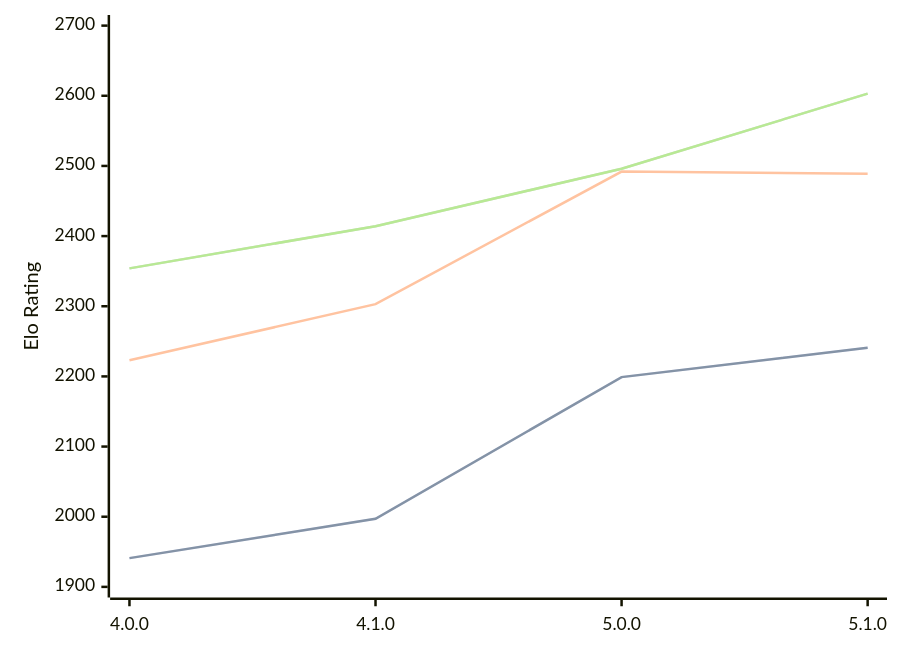
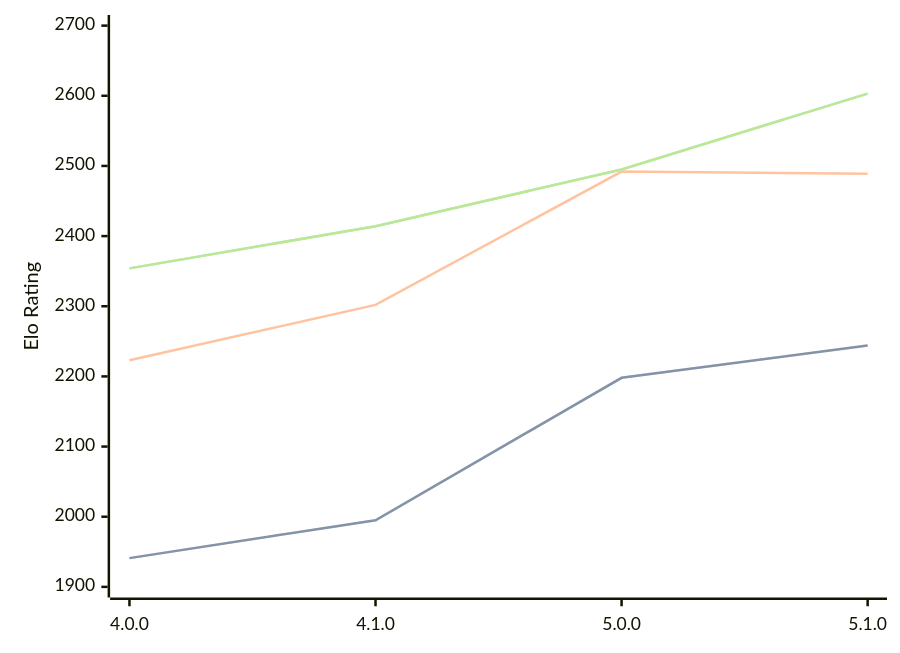
One commit to computer-chess-index/cci changed the diagram in engines/Aconcagua.md. Above: the diagram before and after it, drawn with Mermaid. The commit also changed other lines of this file, not shown here.

Commit message:
Update CCI Ratings (ELO VLTC) - 2026-03-17

````diff
--- a/engines/Aconcagua.md
+++ b/engines/Aconcagua.md
@@ -41,11 +41,11 @@
 ```mermaid
 %%{init: {"theme":"base","themeVariables":{"seriesColors:['#a3a3a3','#222221','#faa371']}}}%%
 xychart-beta
   x-axis ["4.0.0", "4.1.0", "5.0.0", "5.1.0"]
   y-axis "Elo Rating" 1900 --> 2700
-  line "STC (8.0+0.08s)" [1941, 1997, 2199, 2241]
-  line "STC (8.0+0.08s)" [1941, 1997, 2199, 2241]
-  line "LTC (60.0+0.60s)" [2223, 2303, 2492, 2489]
-  line "VLTC (2m24s+1.12s)" [2354, 2414, 2496, 2603]
-  line "VLTC (2m24s+1.12s)" [2354, 2414, 2496, 2603]
+  line "STC (8.0+0.08s)" [1941, 1995, 2198, 2244]
+  line "STC (8.0+0.08s)" [1941, 1995, 2198, 2244]
+  line "LTC (60.0+0.60s)" [2223, 2302, 2492, 2489]
+  line "VLTC (2m24s+1.12s)" [2354, 2414, 2495, 2603]
+  line "VLTC (2m24s+1.12s)" [2354, 2414, 2495, 2603]
 ```
````
